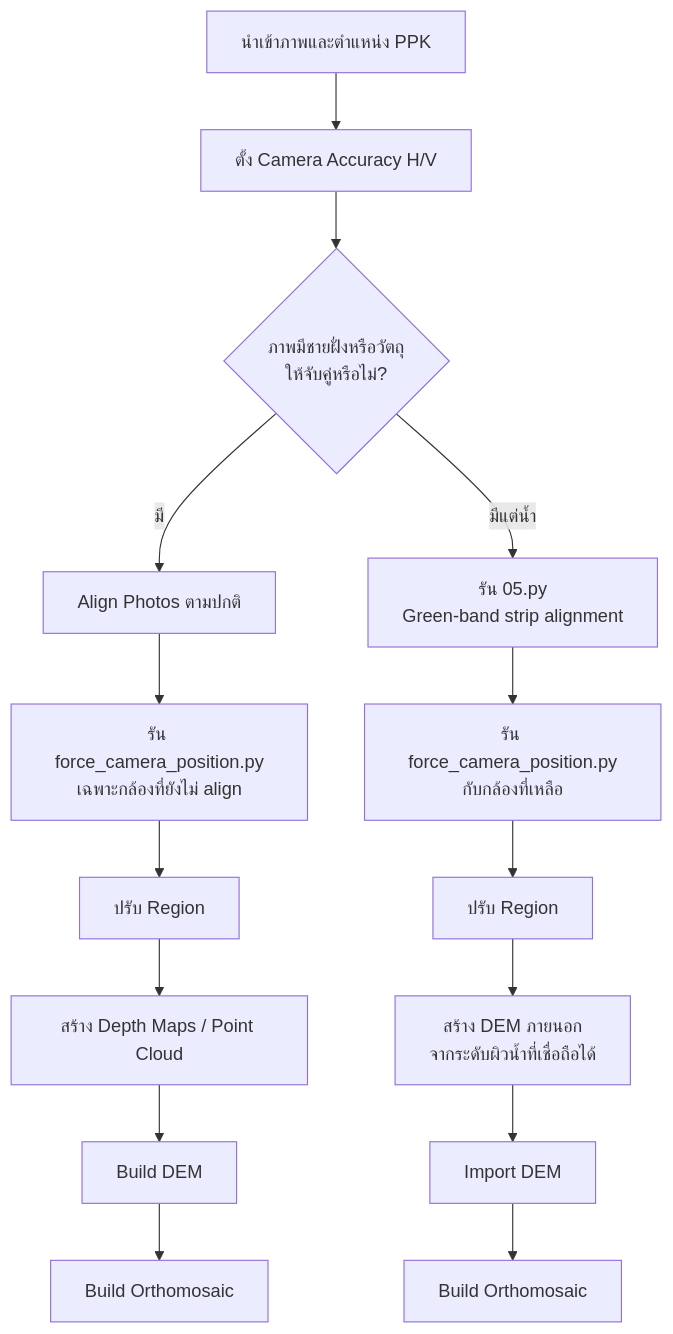
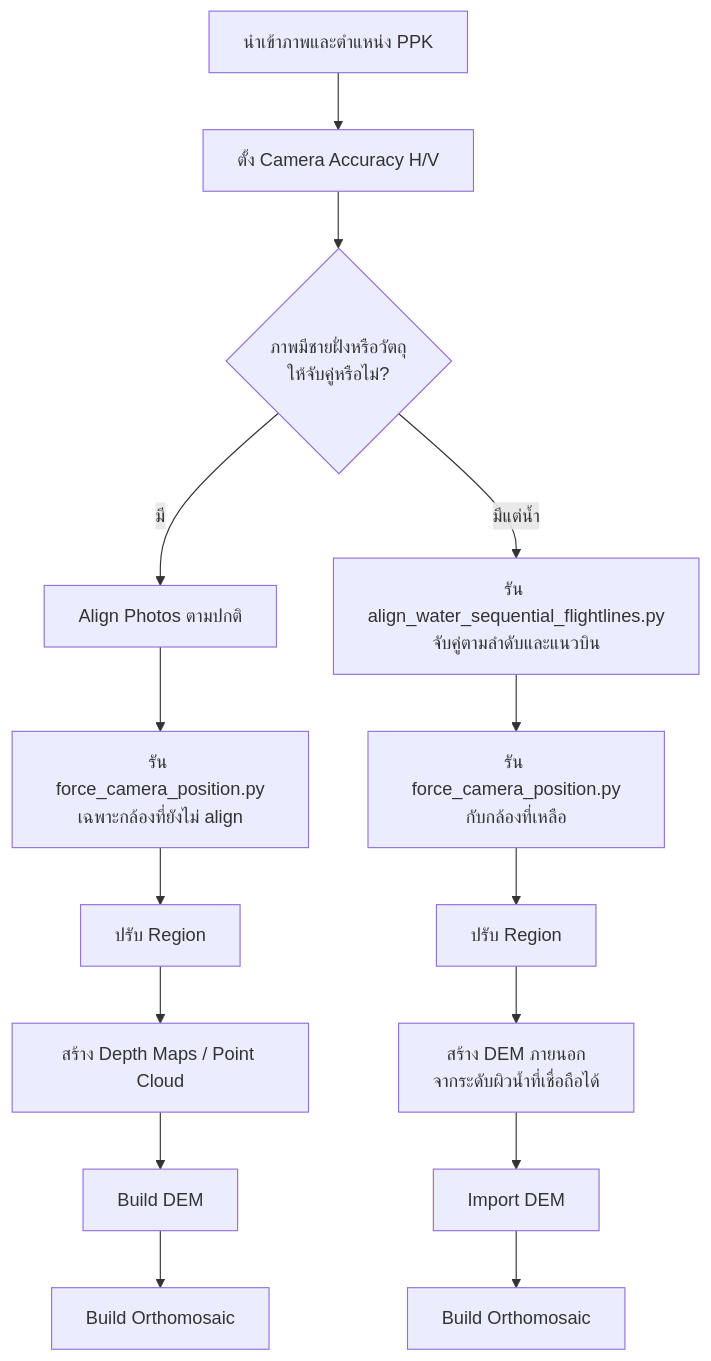
Before and after one commit to A-Numahan/metashape-water-orthomosaic: the diagram in README.md, drawn with Mermaid. The commit also changed other lines of this file and 5 other files, not shown here.

Commit message:
Replace green-band aligner with sequential flight-line workflow

````diff
--- a/README.md
+++ b/README.md
@@ -18,19 +18,19 @@
 ```mermaid
 flowchart TB
     A[นำเข้าภาพและตำแหน่ง PPK] --> B[ตั้ง Camera Accuracy H/V]
     B --> C{ภาพมีชายฝั่งหรือวัตถุ<br/>ให้จับคู่หรือไม่?}
 
     C -->|มี| D[Align Photos ตามปกติ]
     D --> E[รัน force_camera_position.py<br/>เฉพาะกล้องที่ยังไม่ align]
     E --> F[ปรับ Region]
     F --> G[สร้าง Depth Maps / Point Cloud]
     G --> H[Build DEM]
     H --> I[Build Orthomosaic]
 
-    C -->|มีแต่น้ำ| J[รัน 05.py<br/>Green-band strip alignment]
+    C -->|มีแต่น้ำ| J[รัน align_water_sequential_flightlines.py<br/>จับคู่ตามลำดับและแนวบิน]
     J --> K[รัน force_camera_position.py<br/>กับกล้องที่เหลือ]
     K --> L[ปรับ Region]
     L --> M[สร้าง DEM ภายนอก<br/>จากระดับผิวน้ำที่เชื่อถือได้]
     M --> N[Import DEM]
     N --> O[Build Orthomosaic]
 ```
````
